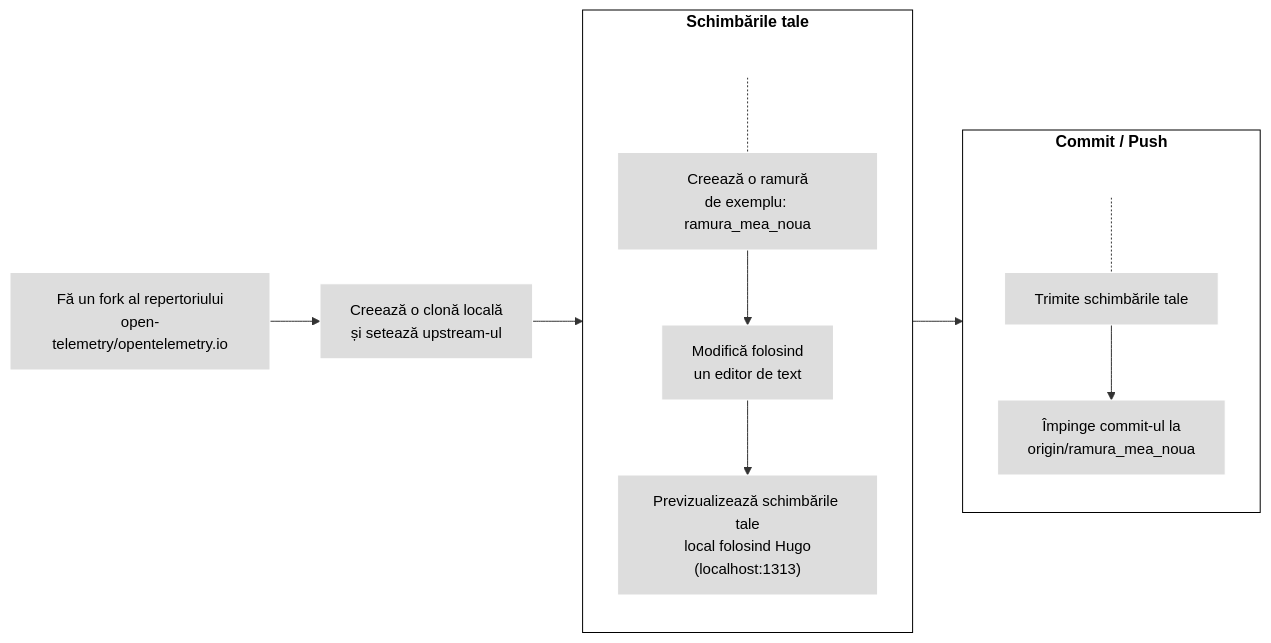
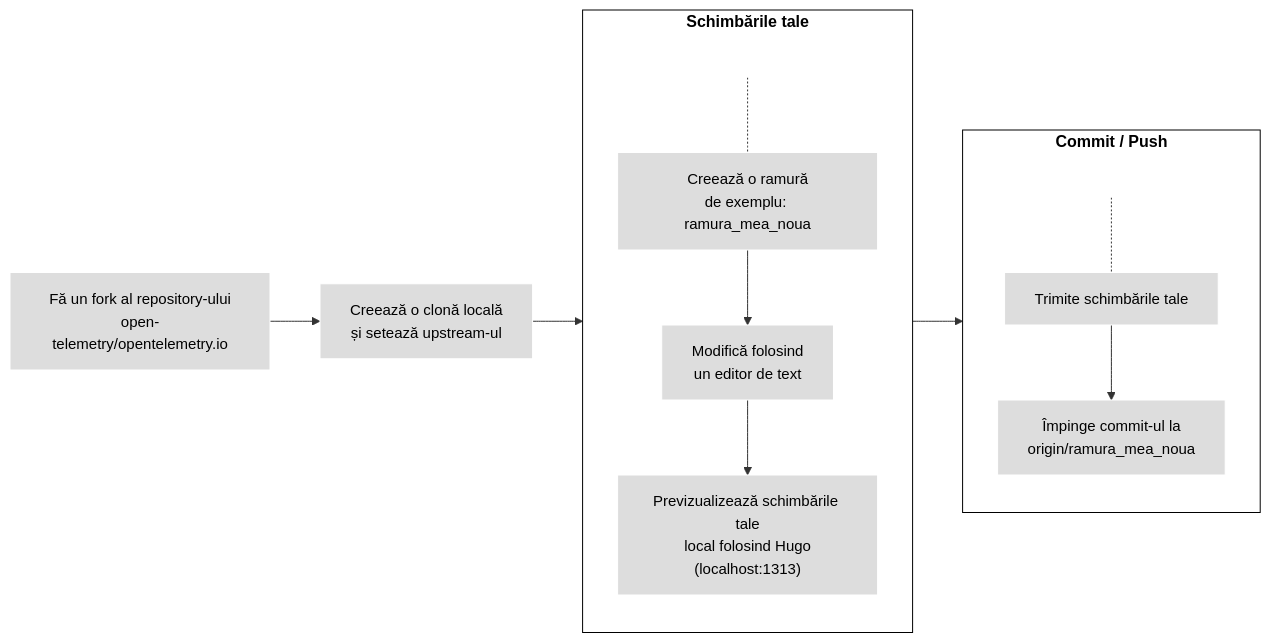
One commit to open-telemetry/opentelemetry.io changed the third of 4 diagrams in content/ro/docs/contributing/pull-requests.md. Above: the diagram before and after it, drawn with Mermaid. The commit also changed other lines of this file, not shown here.

Commit message:
substitute repertoriu with repository (and variations)

````diff
--- a/content/ro/docs/contributing/pull-requests.md
+++ b/content/ro/docs/contributing/pull-requests.md
@@ -216,24 +216,24 @@
 ```mermaid
 flowchart LR
-1[Fă un fork al repertoriului<br>open-telemetry/opentelemetry.io] --> 2[Creează o clonă locală<br>și setează upstream-ul]
+1[Fă un fork al repository-ului<br>open-telemetry/opentelemetry.io] --> 2[Creează o clonă locală<br>și setează upstream-ul]
 subgraph changes[Schimbările tale]
 direction TB
 S[ ] -.-
 3[Creează o ramură<br>de exemplu: ramura_mea_noua] --> 3a[Modifică folosind<br>un editor de text] --> 4["Previzualizează schimbările tale<br>local folosind Hugo<br>(localhost:1313)"]
 end
 subgraph changes2[Commit / Push]
 direction TB
 T[ ] -.-
 5[Trimite schimbările tale] --> 6[Împinge commit-ul la<br>origin/ramura_mea_noua]
 end
 
 2 --> changes --> changes2
 
 classDef grey fill:#dddddd,stroke:#ffffff,stroke-width:px,color:#000000, font-size:15px;
 classDef white fill:#ffffff,stroke:#000,stroke-width:px,color:#000,font-weight:bold
 classDef k8s fill:#326ce5,stroke:#fff,stroke-width:1px,color:#fff;
 classDef spacewhite fill:#ffffff,stroke:#fff,stroke-width:0px,color:#000
 class 1,2,3,3a,4,5,6 grey
 class S,T spacewhite
 class changes,changes2 white
 ```
````
